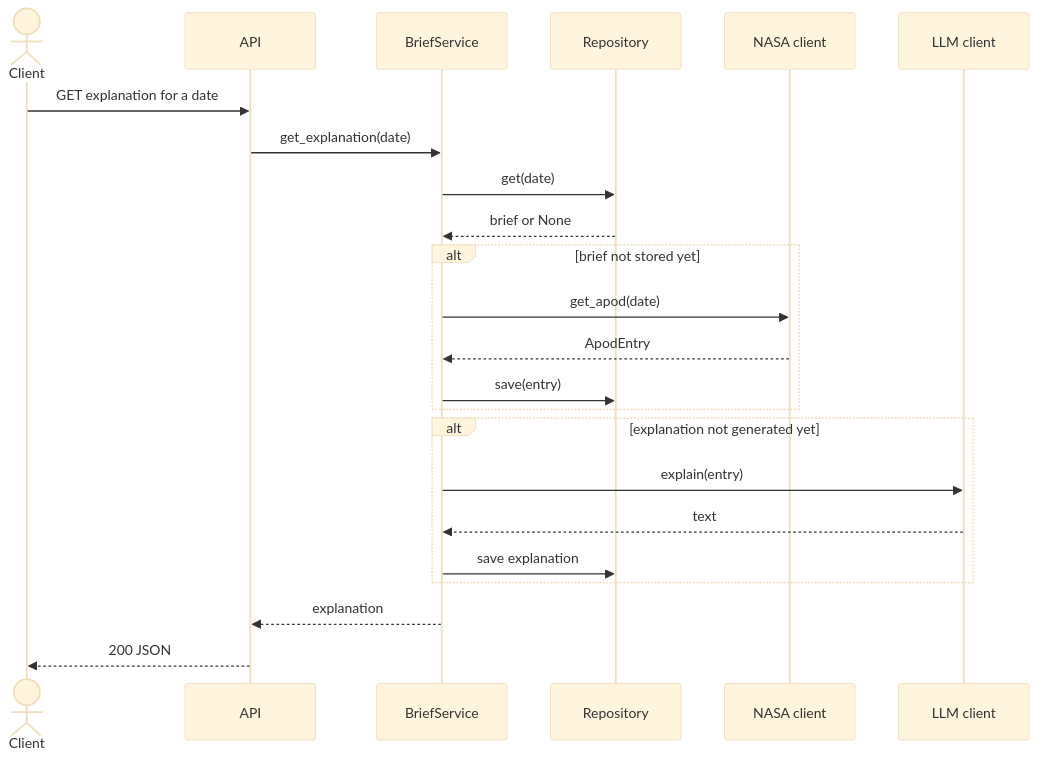
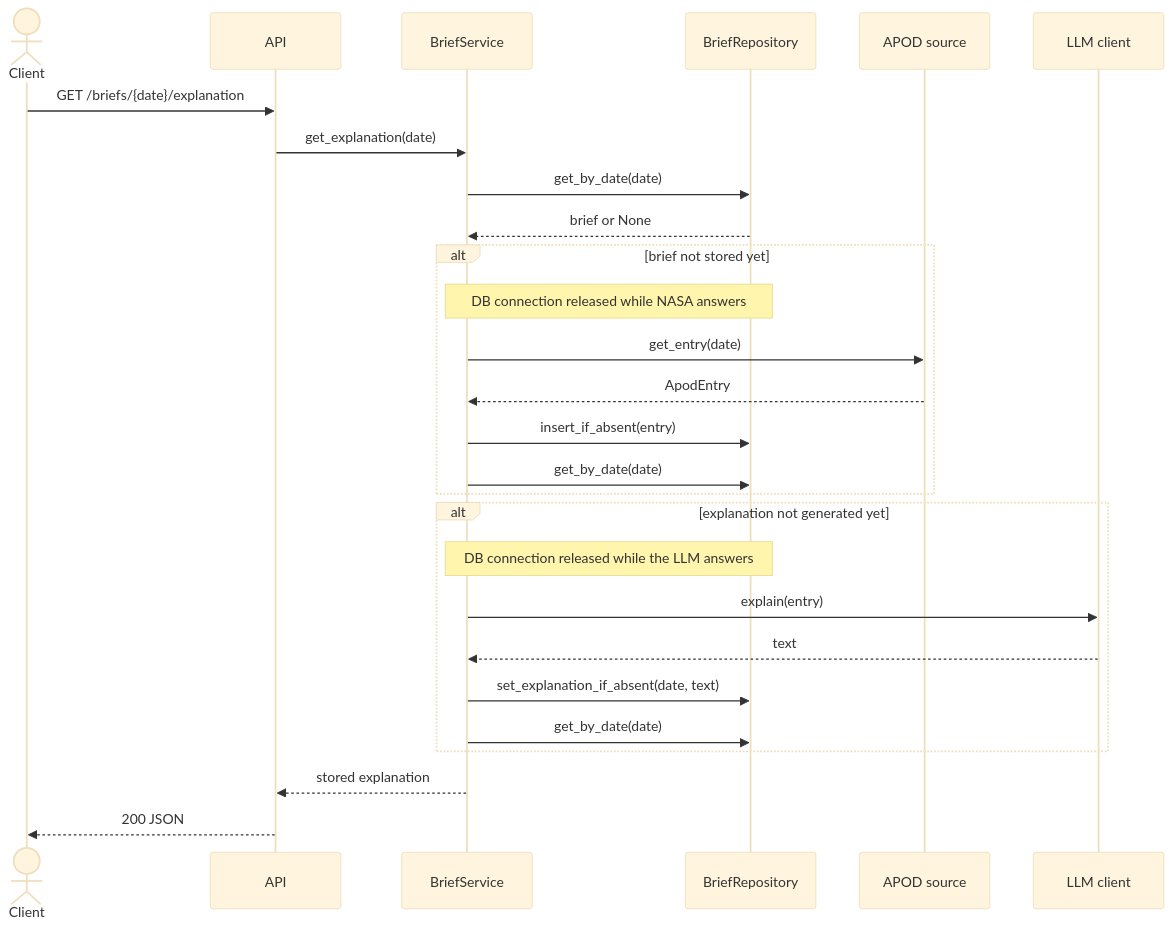
One commit to OstapchukIryna/astronomy-brief changed the third of 3 diagrams in README.md. Above: the diagram before and after it, drawn with Mermaid (base theme). The commit also changed other lines of this file and 8 other files, not shown here.

````diff
--- a/README.md
+++ b/README.md
@@ -80,26 +77,30 @@
 ```mermaid
 sequenceDiagram
     actor U as Client
     participant A as API
     participant S as BriefService
-    participant R as Repository
-    participant N as NASA client
+    participant R as BriefRepository
+    participant N as APOD source
     participant L as LLM client
 
-    U->>A: GET explanation for a date
+    U->>A: GET /briefs/{date}/explanation
     A->>S: get_explanation(date)
-    S->>R: get(date)
+    S->>R: get_by_date(date)
     R-->>S: brief or None
     alt brief not stored yet
-        S->>N: get_apod(date)
+        Note over S,R: DB connection released while NASA answers
+        S->>N: get_entry(date)
         N-->>S: ApodEntry
-        S->>R: save(entry)
+        S->>R: insert_if_absent(entry)
+        S->>R: get_by_date(date)
     end
     alt explanation not generated yet
+        Note over S,R: DB connection released while the LLM answers
         S->>L: explain(entry)
         L-->>S: text
-        S->>R: save explanation
+        S->>R: set_explanation_if_absent(date, text)
+        S->>R: get_by_date(date)
     end
-    S-->>A: explanation
+    S-->>A: stored explanation
     A-->>U: 200 JSON
 ```
````
